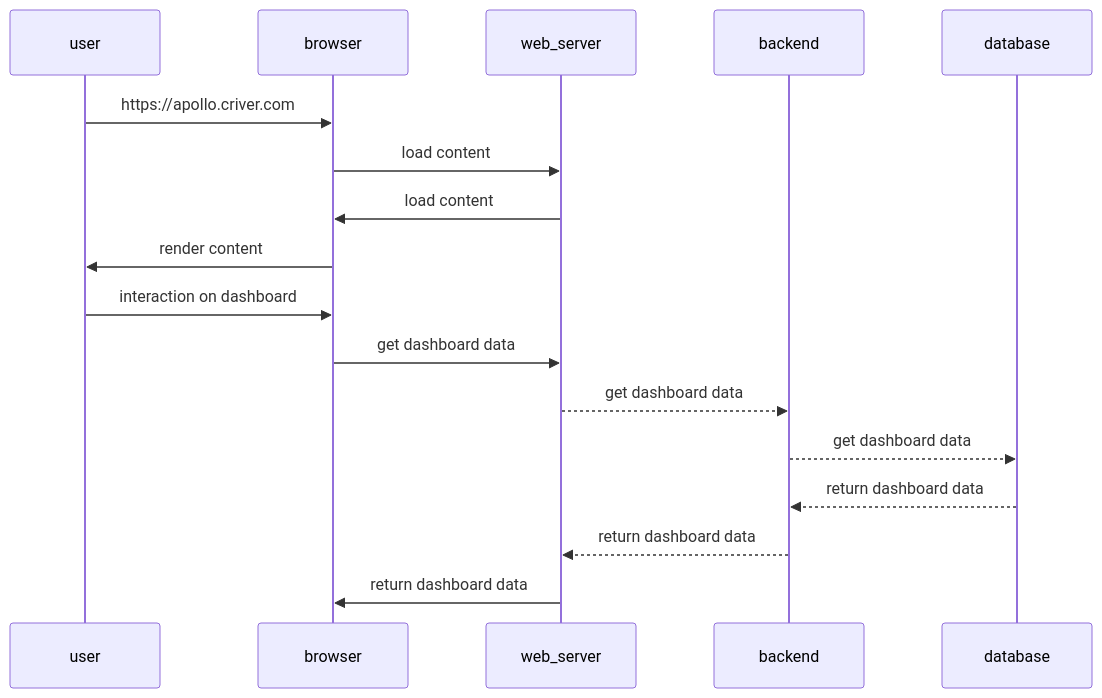
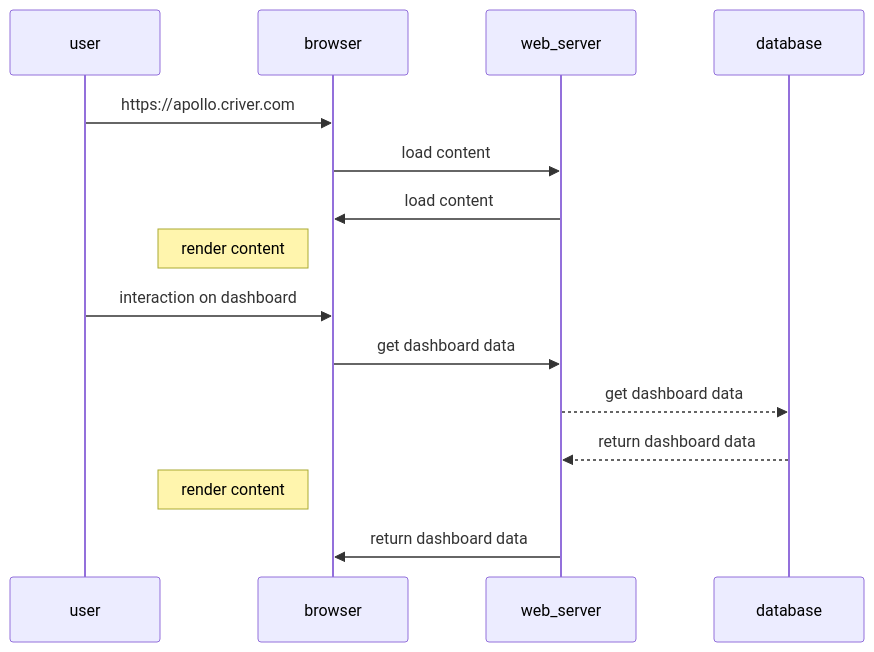
One commit to Paul-Isache/presentations-slidev changed the first of 2 diagrams in ssr/slides.md. Above: the diagram before and after it, drawn with Mermaid. The commit also changed other lines of this file, not shown here.

````diff
--- a/ssr/slides.md
+++ b/ssr/slides.md
@@ -83,14 +89,13 @@
-```mermaid {scale: 0.6}
+```mermaid {scale: 0.52}
 sequenceDiagram
   user->>browser: https://apollo.criver.com
   browser->>web_server: load content
   web_server->>browser: load content
-  browser->>user: render content
+  Note left of browser: render content
   user->>browser: interaction on dashboard
   browser->>web_server: get dashboard data
-  web_server-->>backend: get dashboard data
-  backend-->>database: get dashboard data
-  database-->>backend: return dashboard data
-  backend-->>web_server: return dashboard data
+  web_server-->>database: get dashboard data
+  database-->>web_server: return dashboard data
+  Note left of browser: render content
   web_server->>browser: return dashboard data
 ```
````
